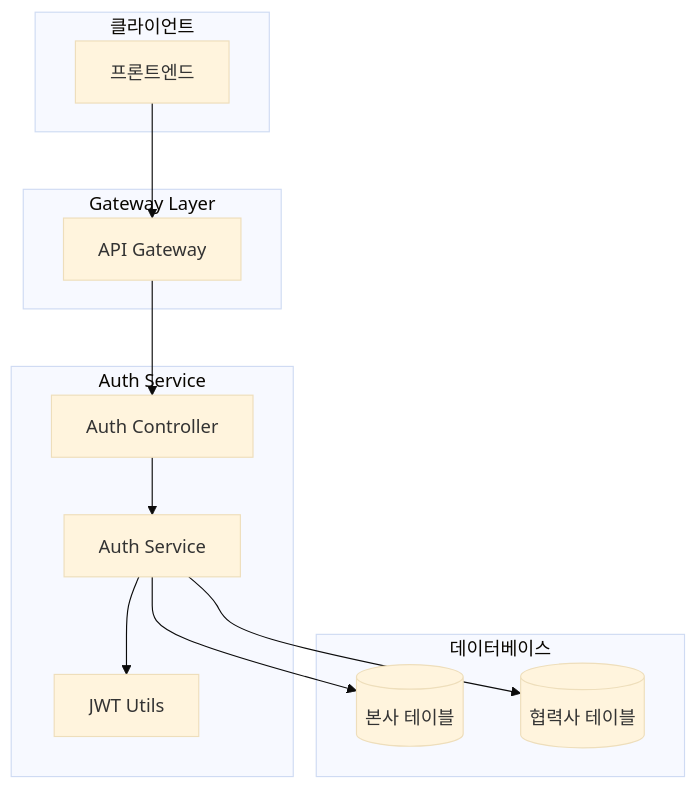
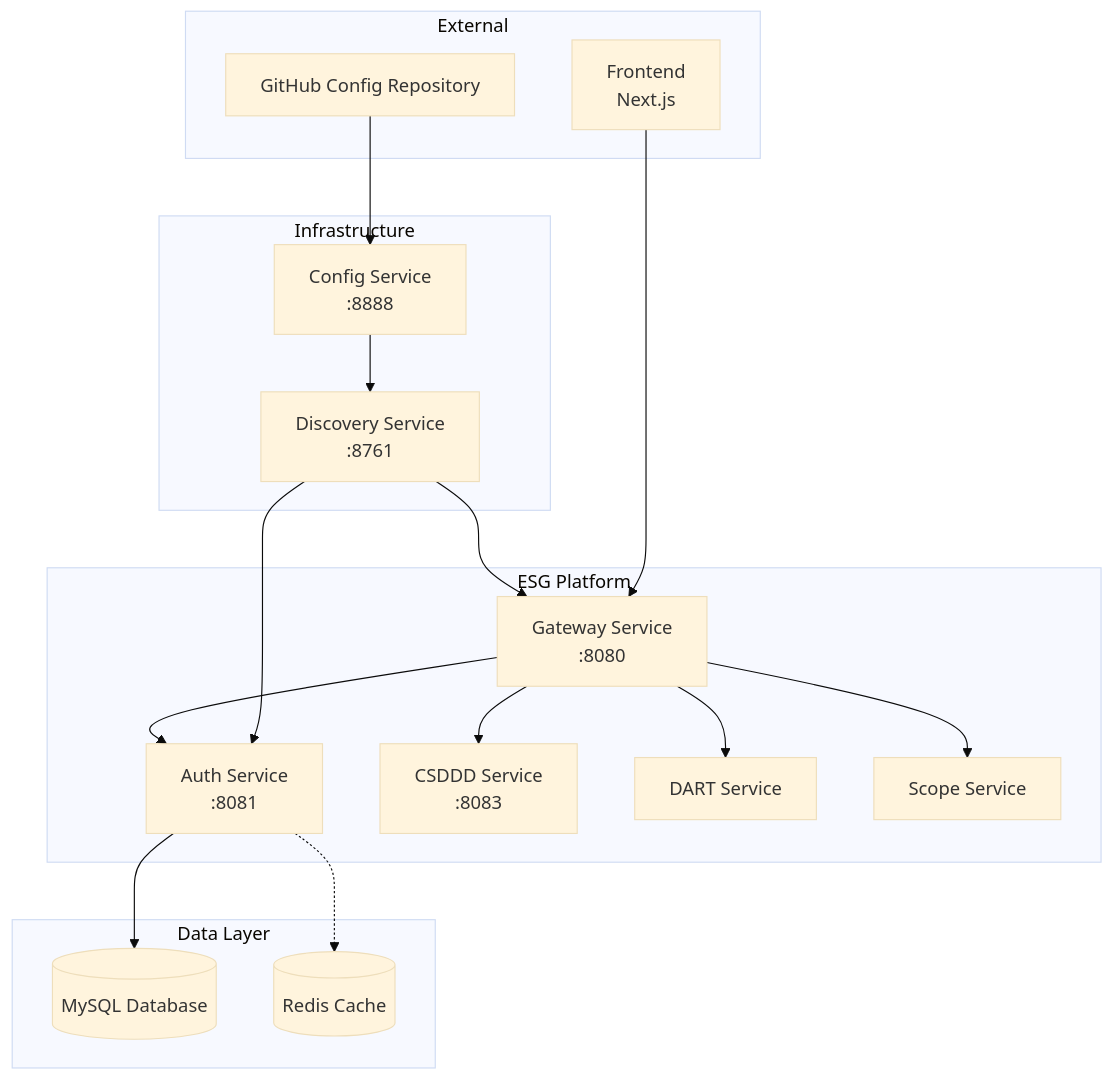
One commit to NSMM-v2/auth-service changed the first of 7 diagrams in README.md. Above: the diagram before and after it, drawn with Mermaid (base theme). The commit also changed other lines of this file, not shown here.

````diff
--- a/README.md
+++ b/README.md
@@ -28,28 +30,25 @@
 ```mermaid
 graph TB
-    subgraph "클라이언트"
-        FE[프론트엔드]
+    subgraph "ESG Platform"
+        GW[Gateway Service<br/>:8080] --> AUTH[Auth Service<br/>:8081]
+        GW --> CSDDD[CSDDD Service<br/>:8083]
+        GW --> DART[DART Service]
+        GW --> SCOPE[Scope Service]
     end
     
-    subgraph "Gateway Layer"
-        GW[API Gateway]
+    subgraph "Infrastructure"
+        CONFIG[Config Service<br/>:8888] --> EUREKA[Discovery Service<br/>:8761]
+        EUREKA --> GW
+        EUREKA --> AUTH
     end
     
-    subgraph "Auth Service"
-        AC[Auth Controller]
-        AS[Auth Service]
-        JWT[JWT Utils]
+    subgraph "Data Layer"
+        AUTH --> MYSQL[(MySQL Database)]
+        AUTH -.-> REDIS[(Redis Cache)]
     end
     
-    subgraph "데이터베이스"
-        HQ_DB[(본사 테이블)]
-        PT_DB[(협력사 테이블)]
+    subgraph "External"
+        FRONTEND[Frontend<br/>Next.js] --> GW
+        GITHUB[GitHub Config Repository] --> CONFIG
     end
-    
-    FE --> GW
-    GW --> AC
-    AC --> AS
-    AS --> JWT
-    AS --> HQ_DB
-    AS --> PT_DB
 ```
````
